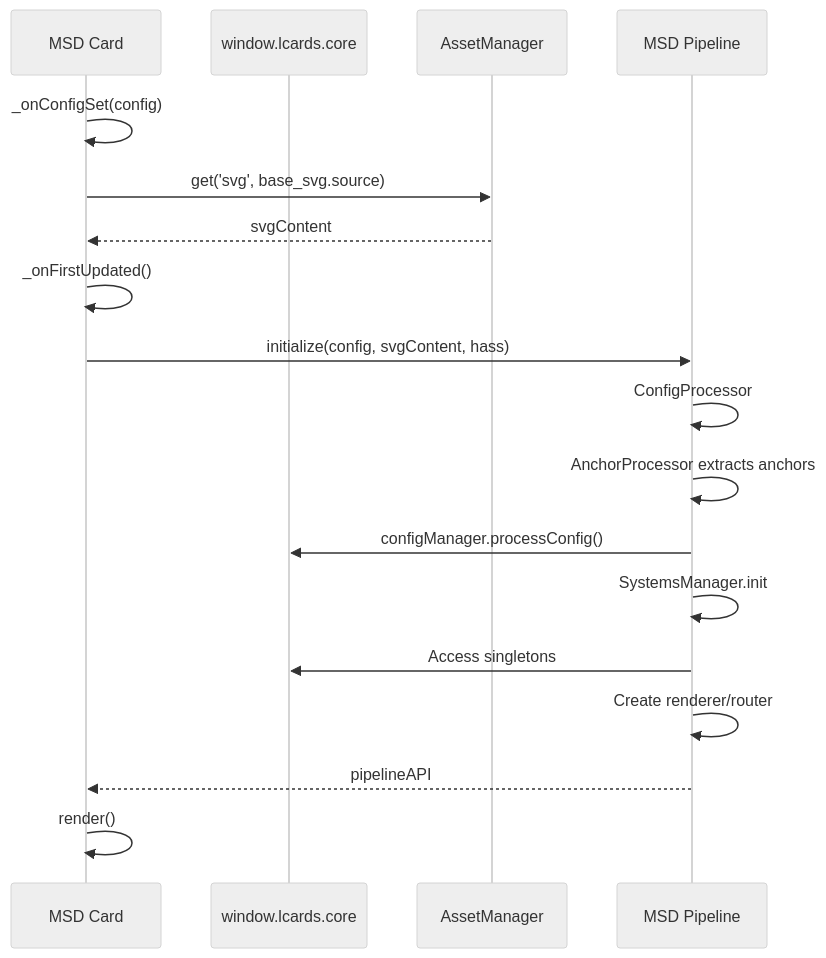
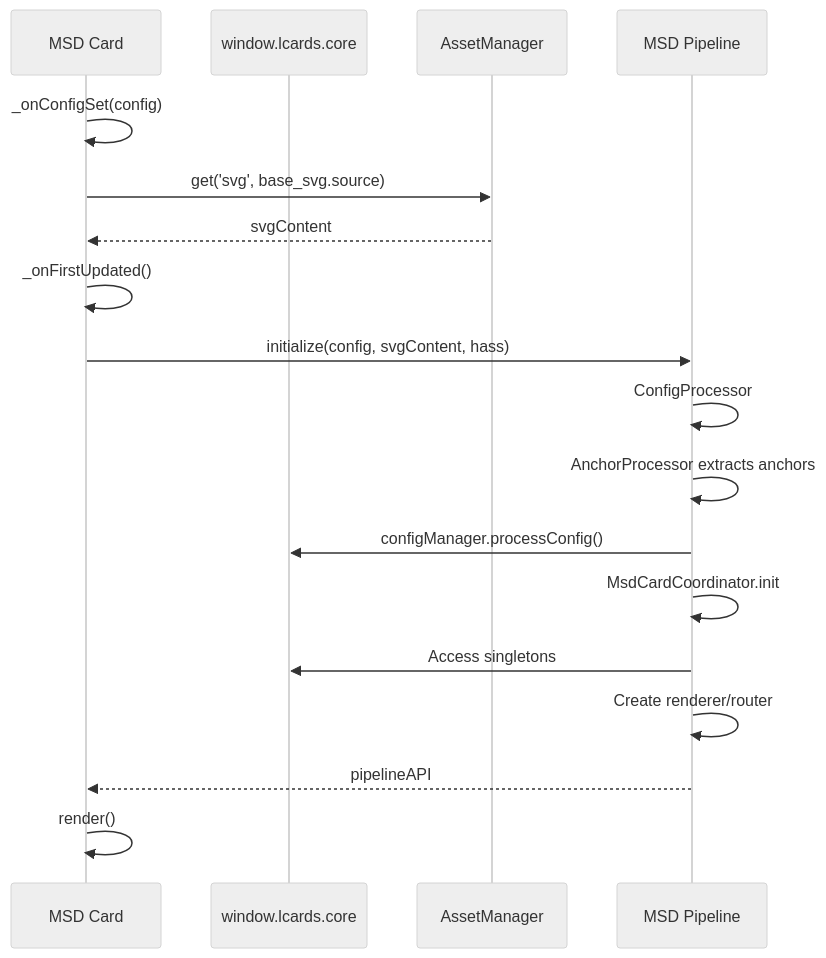
Before and after one commit to solhuebner/lcards: the second of 5 diagrams in doc/architecture/msd-card-architecture.md, drawn with Mermaid (neutral theme). The commit also changed other lines of this file and 22 other files, not shown here.

Commit message:
Phase 2: Rename SystemsManager to MsdCardCoordinator in code and documentation

````diff
--- a/doc/architecture/msd-card-architecture.md
+++ b/doc/architecture/msd-card-architecture.md
@@ -35,25 +35,25 @@
 ```mermaid
 sequenceDiagram
     participant Card as MSD Card
     participant Core as window.lcards.core
     participant Asset as AssetManager
     participant Pipeline as MSD Pipeline
     
     Card->>Card: _onConfigSet(config)
     Card->>Asset: get('svg', base_svg.source)
     Asset-->>Card: svgContent
     
     Card->>Card: _onFirstUpdated()
     Card->>Pipeline: initialize(config, svgContent, hass)
     
     Pipeline->>Pipeline: ConfigProcessor
     Pipeline->>Pipeline: AnchorProcessor extracts anchors
     Pipeline->>Core: configManager.processConfig()
     
-    Pipeline->>Pipeline: SystemsManager.init
+    Pipeline->>Pipeline: MsdCardCoordinator.init
     Pipeline->>Core: Access singletons
     Pipeline->>Pipeline: Create renderer/router
     
     Pipeline-->>Card: pipelineAPI
     Card->>Card: render()
 ```
````
